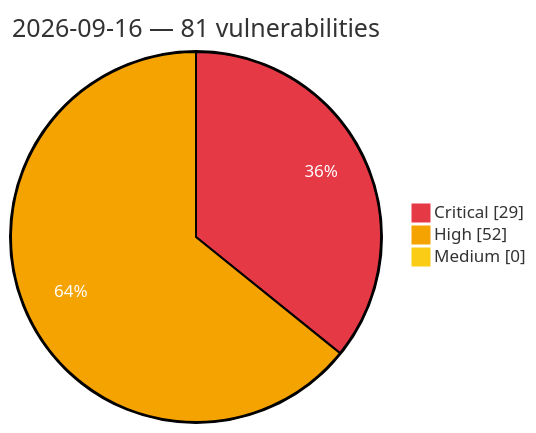
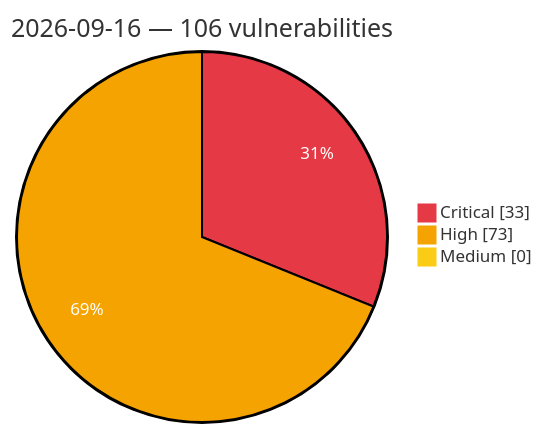
One commit to GhostX0X/vuln-tracker changed the diagram in vulnerabilities/2026/September/2026-09-16.md. Above: the diagram before and after it, drawn with Mermaid. The commit also changed other lines of this file and 5 other files, not shown here.

Commit message:
Auto update: critical/high vulns (2026-09-16 22:19 UTC)

````diff
--- a/vulnerabilities/2026/September/2026-09-16.md
+++ b/vulnerabilities/2026/September/2026-09-16.md
@@ -3,8 +3,8 @@
 ```mermaid
 %%{init: {'theme':'base', 'themeVariables': {'pie1':'#e63946', 'pie2':'#f4a300', 'pie3':'#facc15', 'pieOpacity':'1', 'pieOuterStrokeWidth':'2px', 'pieSectionTextColor':'#ffffff'}}}%%
 pie showData
-    title 2026-09-16 — 81 vulnerabilities
-    "Critical" : 29
-    "High" : 52
+    title 2026-09-16 — 106 vulnerabilities
+    "Critical" : 33
+    "High" : 73
     "Medium" : 0
 ```
````
